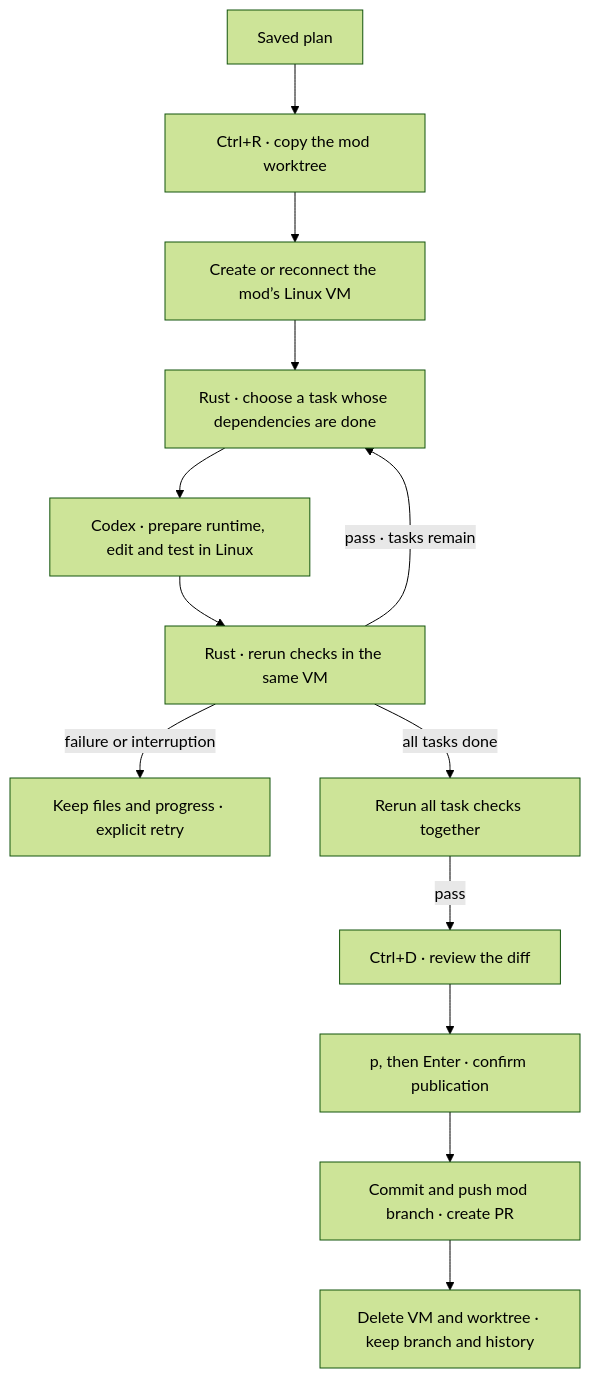
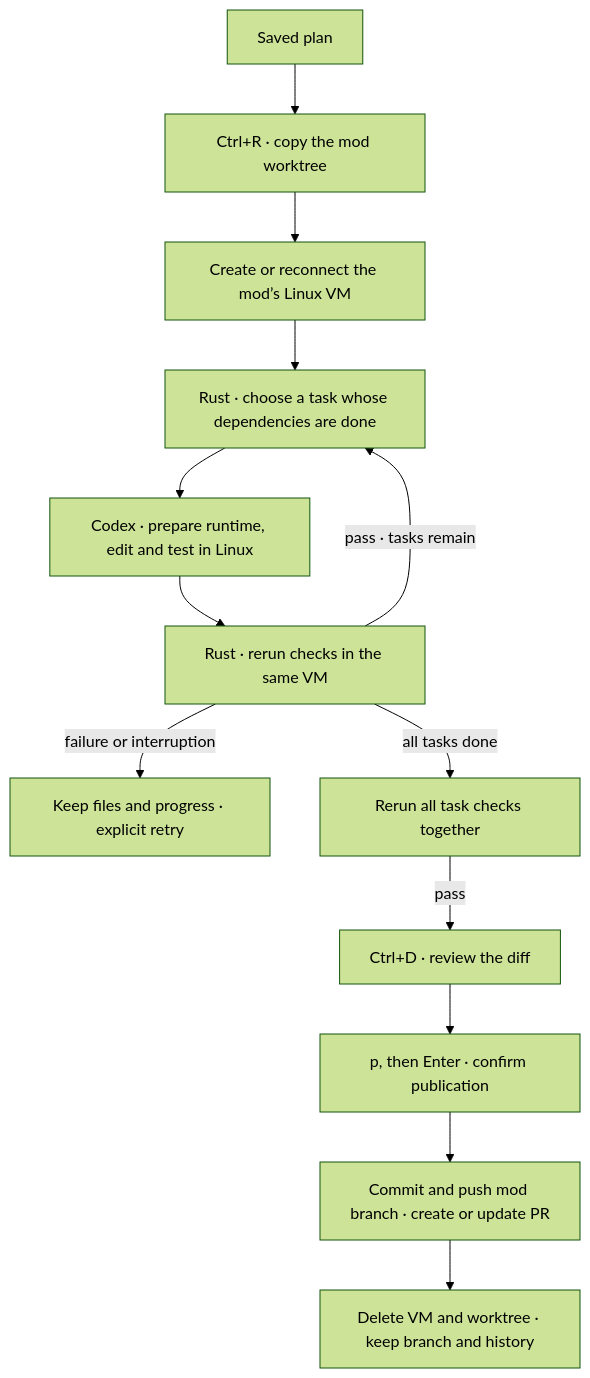
One commit to minimumeffort-dev/sprowt.harness changed the diagram in docs/execution.md. Above: the diagram before and after it, drawn with Mermaid (forest theme). The commit also changed other lines of this file and 12 other files, not shown here.

````diff
--- a/docs/execution.md
+++ b/docs/execution.md
@@ -5,15 +5,15 @@
 ```mermaid
 flowchart TB
     plan["Saved plan"] --> start["Ctrl+R · copy the mod worktree"]
     start --> vm["Create or reconnect the mod’s Linux VM"]
     vm --> choose["Rust · choose a task whose dependencies are done"]
     choose --> worker["Codex · prepare runtime, edit and test in Linux"]
     worker --> checks["Rust · rerun checks in the same VM"]
     checks -->|"pass · tasks remain"| choose
     checks -->|"failure or interruption"| paused["Keep files and progress · explicit retry"]
     checks -->|"all tasks done"| final["Rerun all task checks together"]
     final -->|"pass"| review["Ctrl+D · review the diff"]
     review --> confirm["p, then Enter · confirm publication"]
-    confirm --> pr["Commit and push mod branch · create PR"]
+    confirm --> pr["Commit and push mod branch · create or update PR"]
     pr --> cleanup["Delete VM and worktree · keep branch and history"]
 ```
````
